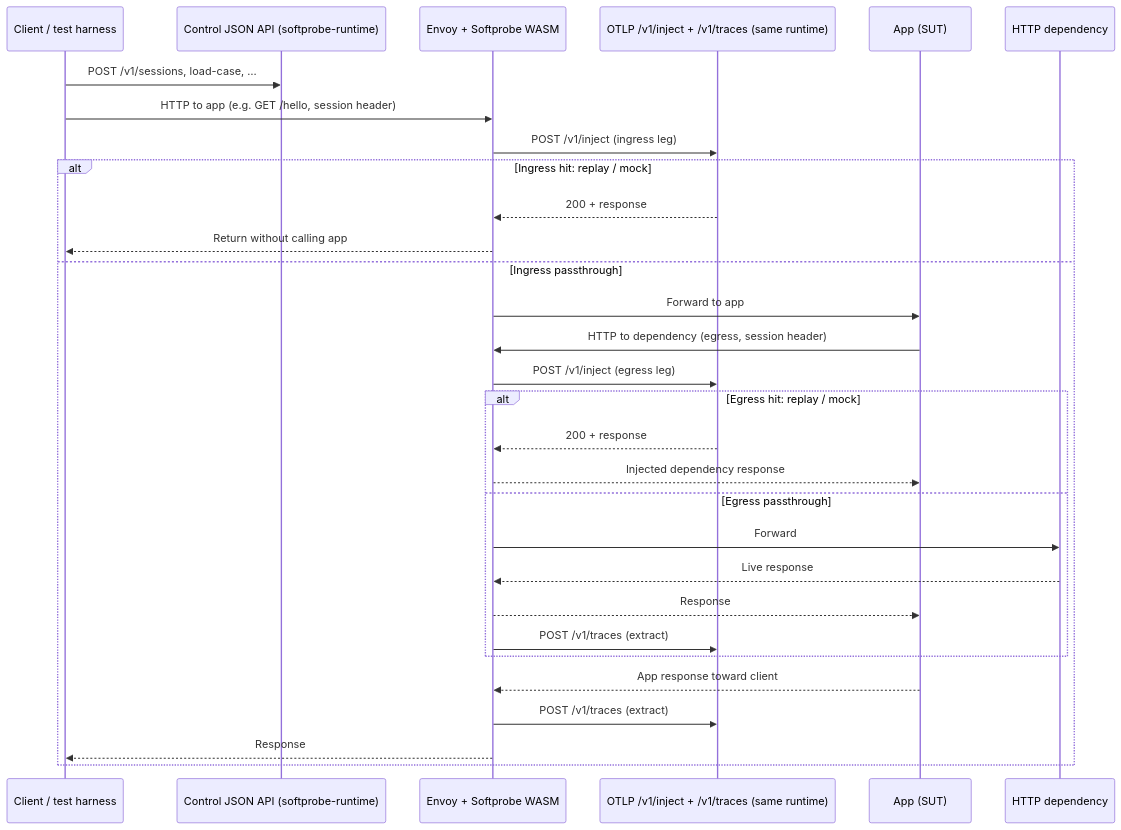
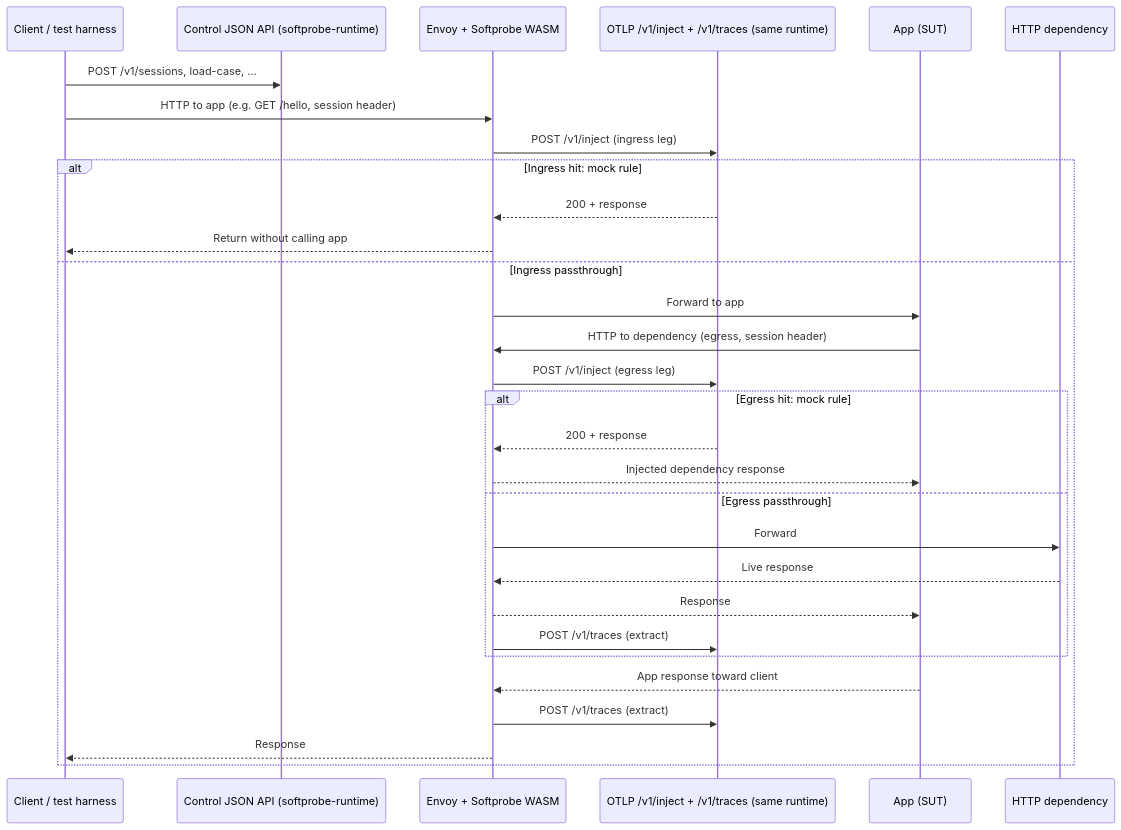
The diagram in docs/design.md (softprobe/hybrid), drawn with Mermaid before and after one commit. The commit also changed other lines of this file and 22 other files, not shown here.

````diff
--- a/docs/design.md
+++ b/docs/design.md
@@ -494,33 +494,33 @@
 ```mermaid
 sequenceDiagram
   participant C as Client / test harness
   participant R as Control JSON API (softprobe-runtime)
   participant P as Envoy + Softprobe WASM
   participant B as OTLP /v1/inject + /v1/traces (same runtime)
   participant A as App (SUT)
   participant U as HTTP dependency
 
   C->>R: POST /v1/sessions, load-case, …
   C->>P: HTTP to app (e.g. GET /hello, session header)
   P->>B: POST /v1/inject (ingress leg)
-  alt Ingress hit: replay / mock
+  alt Ingress hit: mock rule
     B-->>P: 200 + response
     P-->>C: Return without calling app
   else Ingress passthrough
     P->>A: Forward to app
     A->>P: HTTP to dependency (egress, session header)
     P->>B: POST /v1/inject (egress leg)
-    alt Egress hit: replay / mock
+    alt Egress hit: mock rule
       B-->>P: 200 + response
       P-->>A: Injected dependency response
     else Egress passthrough
       P->>U: Forward
       U-->>P: Live response
       P-->>A: Response
       P->>B: POST /v1/traces (extract)
     end
     A-->>P: App response toward client
     P->>B: POST /v1/traces (extract)
     P-->>C: Response
   end
 ```
````
